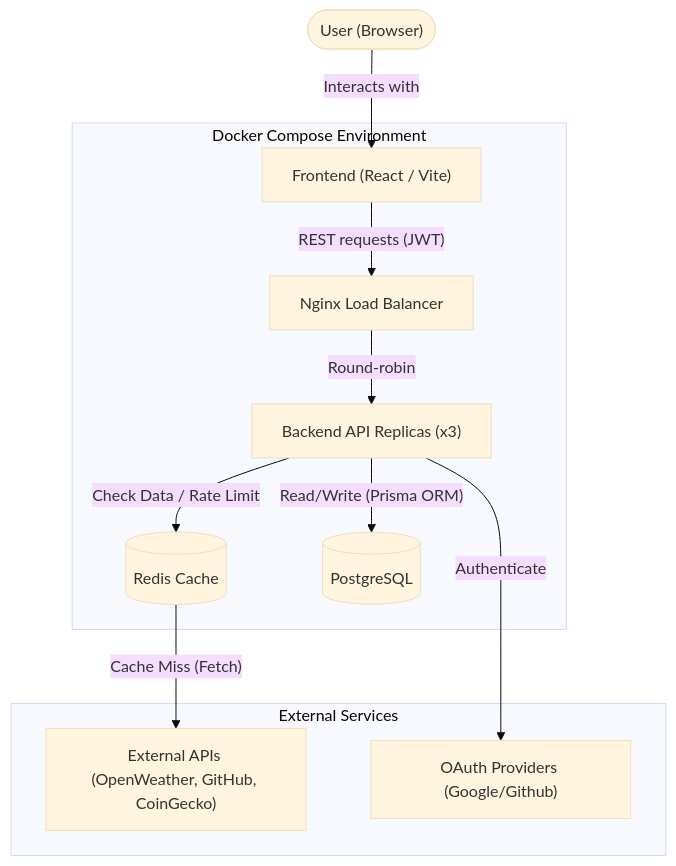
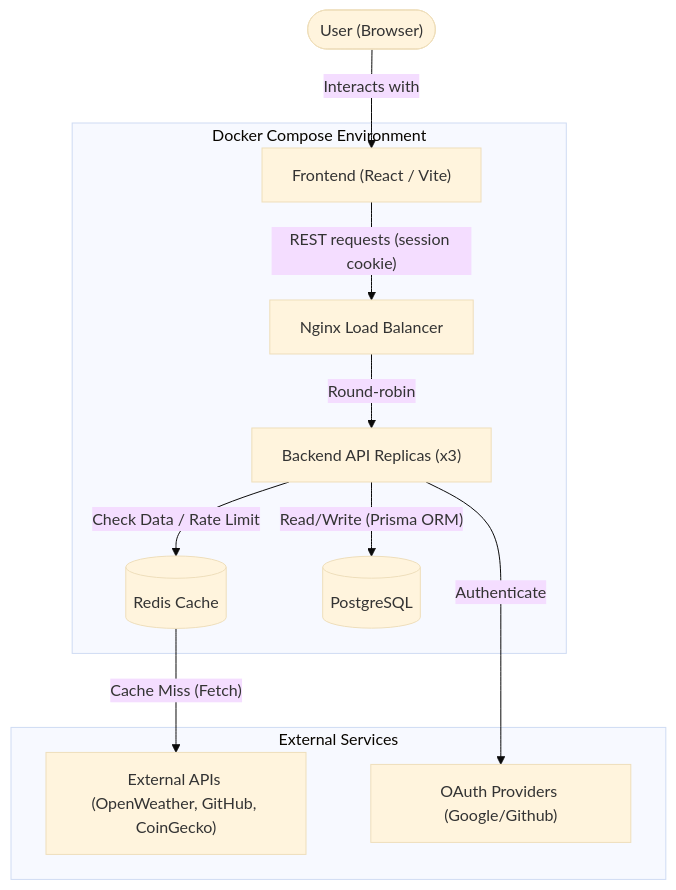
The diagram in docs/architecture.md (Nexlein/Dashboard), drawn with Mermaid (base theme) before and after one commit. The commit also changed other lines of this file and 4 other files, not shown here.

First line of the commit message:
docs: describe the cookie session, logout and CSRF rule

````diff
--- a/docs/architecture.md
+++ b/docs/architecture.md
@@ -9,23 +9,23 @@
 ```mermaid
 flowchart TB
     subgraph Docker[Docker Compose Environment]
         UI["Frontend (React / Vite)"]
         LB["Nginx Load Balancer"]
         API["Backend API Replicas (x3)"]
         Cache[("Redis Cache")]
         DB[("PostgreSQL")]
     end
 
     subgraph External[External Services]
         ExtAPIs["External APIs (OpenWeather, GitHub, CoinGecko)"]
         OAuth["OAuth Providers (Google/Github)"]
     end
 
     User(["User (Browser)"]) -->|"Interacts with"| UI
-    UI -->|"REST requests (JWT)"| LB
+    UI -->|"REST requests (session cookie)"| LB
     LB -->|"Round-robin"| API
     API -->|"Read/Write (Prisma ORM)"| DB
     API -->|"Check Data / Rate Limit"| Cache
     Cache -->|"Cache Miss (Fetch)"| ExtAPIs
     API -->|"Authenticate"| OAuth
 ```
````
